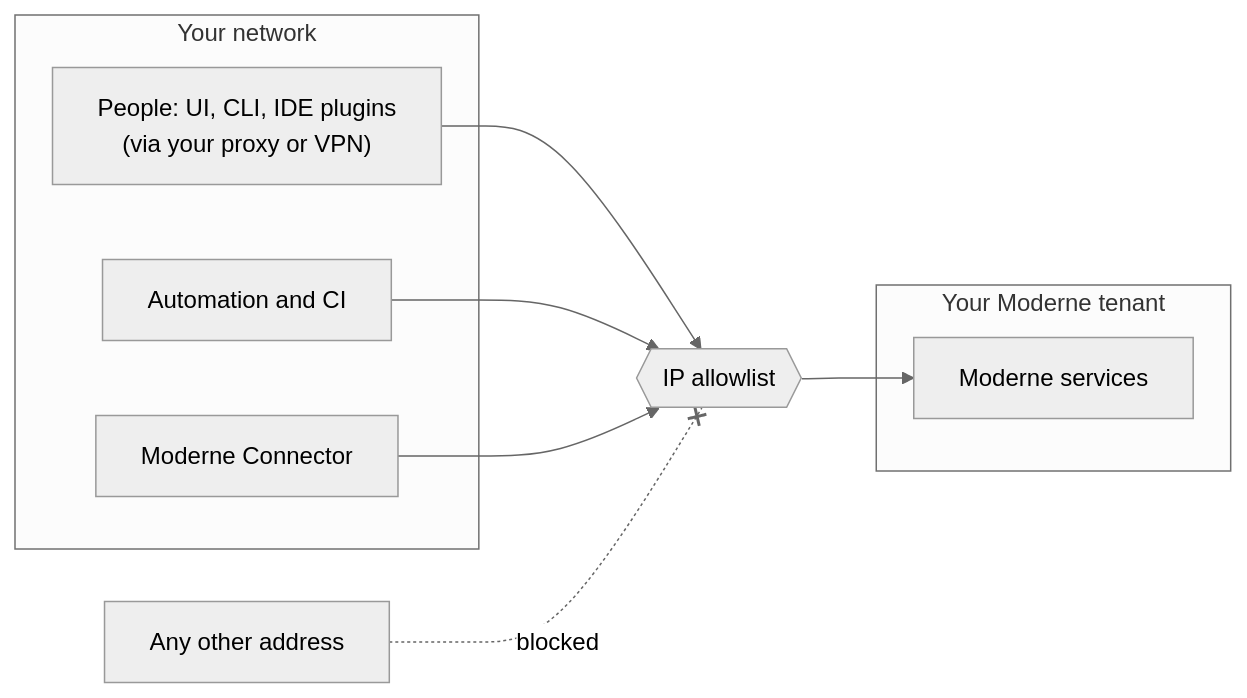
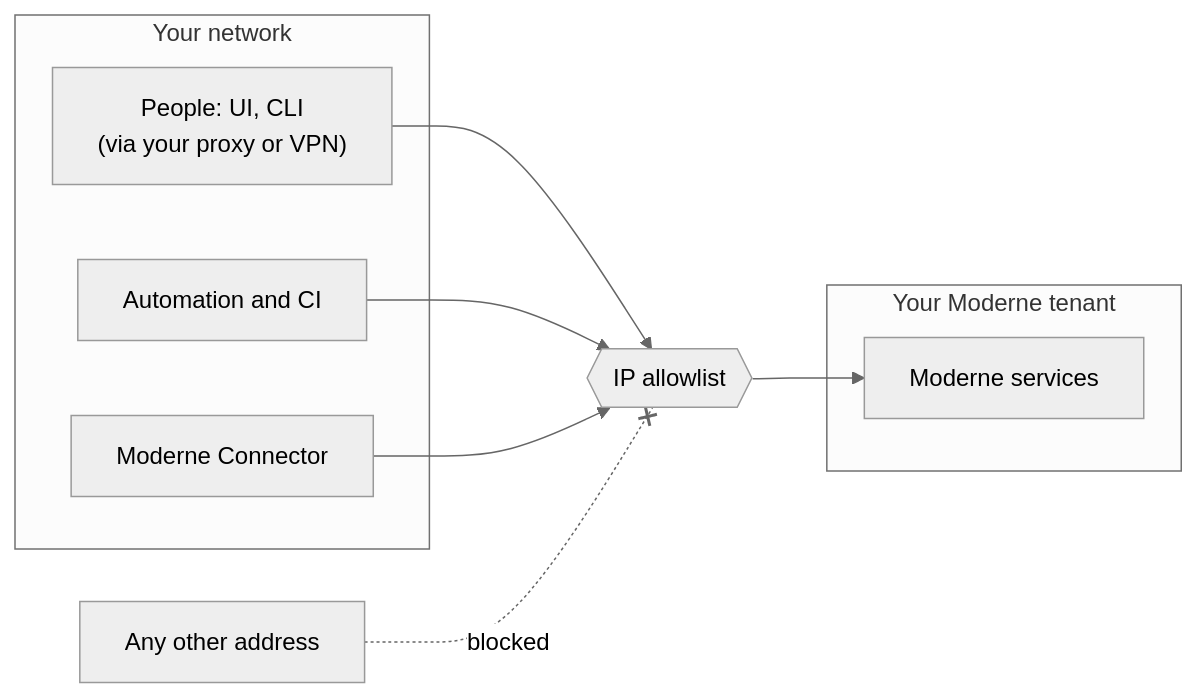
Before and after one commit to moderneinc/moderne-docs: the diagram in docs/administrator-documentation/moderne-platform/how-to-guides/restricting-network-access.md, drawn with Mermaid (neutral theme). The commit also changed other lines of this file and 36 other files, not shown here.

````diff
--- a/docs/administrator-documentation/moderne-platform/how-to-guides/restricting-network-access.md
+++ b/docs/administrator-documentation/moderne-platform/how-to-guides/restricting-network-access.md
@@ -14,18 +14,18 @@
 ```mermaid
 flowchart LR
     subgraph customer["Your network"]
-        users["People: UI, CLI, IDE plugins<br/>(via your proxy or VPN)"]
+        users["People: UI, CLI<br/>(via your proxy or VPN)"]
         ci["Automation and CI"]
         connector["Moderne Connector"]
     end
     other["Any other address"]
     filter{{"IP allowlist"}}
     subgraph tenant["Your Moderne tenant"]
         services["Moderne services"]
     end
     users --> filter
     ci --> filter
     connector --> filter
     other -. blocked .-x filter
     filter --> services
 ```
````
